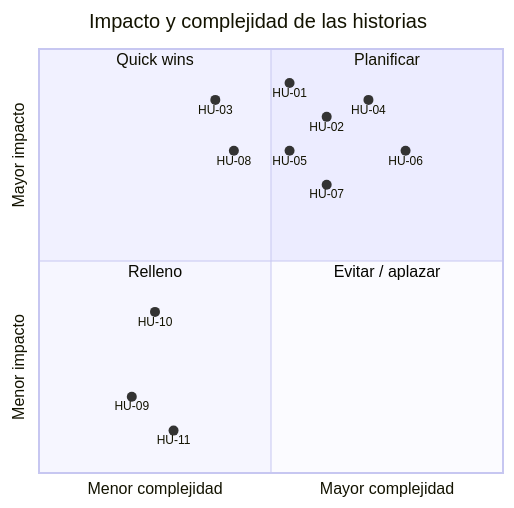
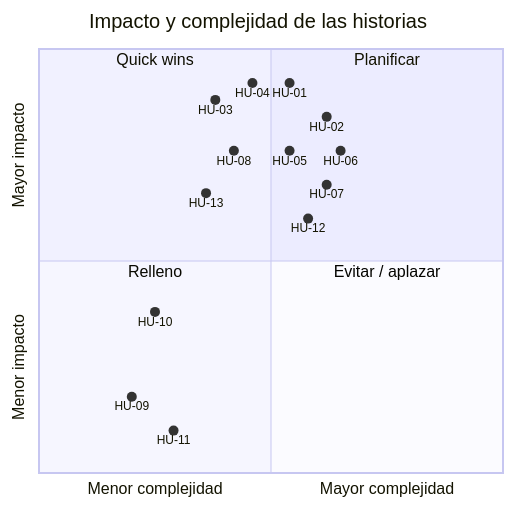
The diagram in docs/backlog/README.md (MauroUX/tabbie-waiter), drawn with Mermaid before and after one commit. The commit also changed other lines of this file and 53 other files, not shown here.

````diff
--- a/docs/backlog/README.md
+++ b/docs/backlog/README.md
@@ -60,21 +62,23 @@
 ```mermaid
 quadrantChart
     title Impacto y complejidad de las historias
     x-axis Menor complejidad --> Mayor complejidad
     y-axis Menor impacto --> Mayor impacto
     quadrant-1 Planificar
     quadrant-2 Quick wins
     quadrant-3 Relleno
     quadrant-4 Evitar / aplazar
     HU-01: [0.54, 0.92]
     HU-02: [0.62, 0.84]
     HU-05: [0.54, 0.76]
     HU-07: [0.62, 0.68]
-    HU-04: [0.71, 0.88]
-    HU-06: [0.79, 0.76]
+    HU-12: [0.58, 0.60]
+    HU-06: [0.65, 0.76]
     HU-03: [0.38, 0.88]
+    HU-04: [0.46, 0.92]
     HU-08: [0.42, 0.76]
+    HU-13: [0.36, 0.66]
     HU-10: [0.25, 0.38]
     HU-09: [0.20, 0.18]
     HU-11: [0.29, 0.10]
 ```
````
